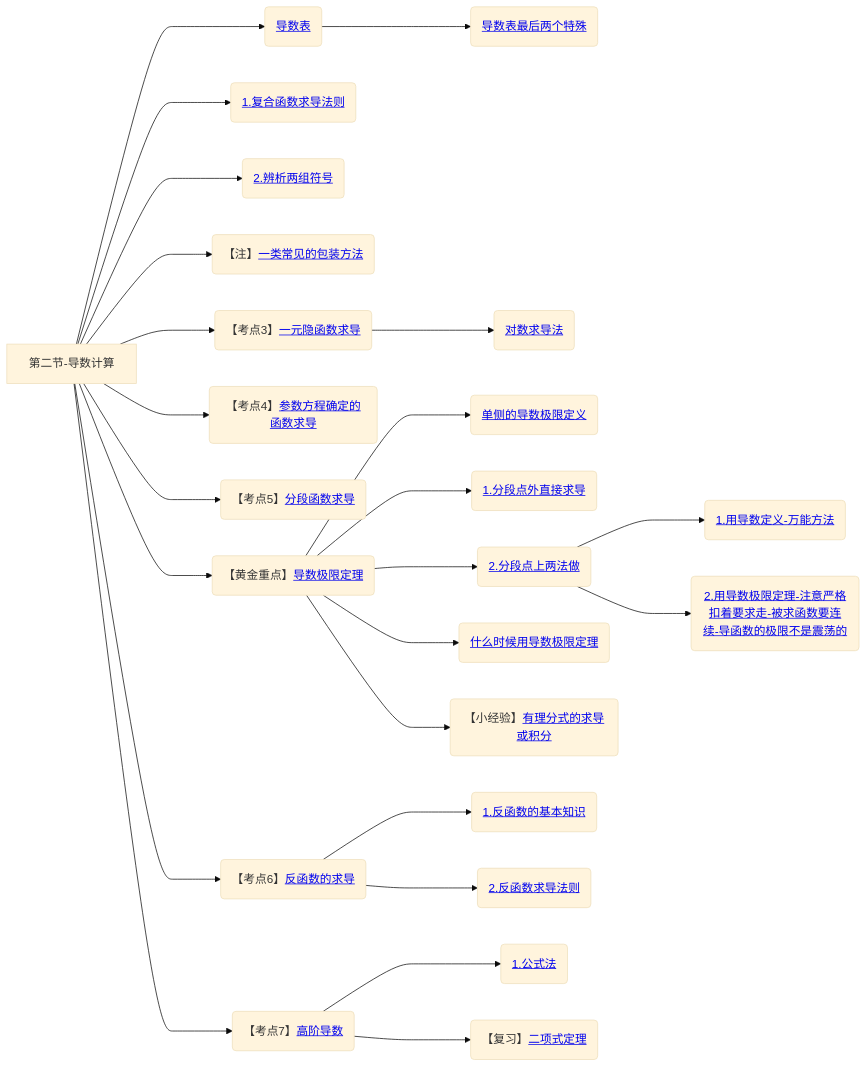
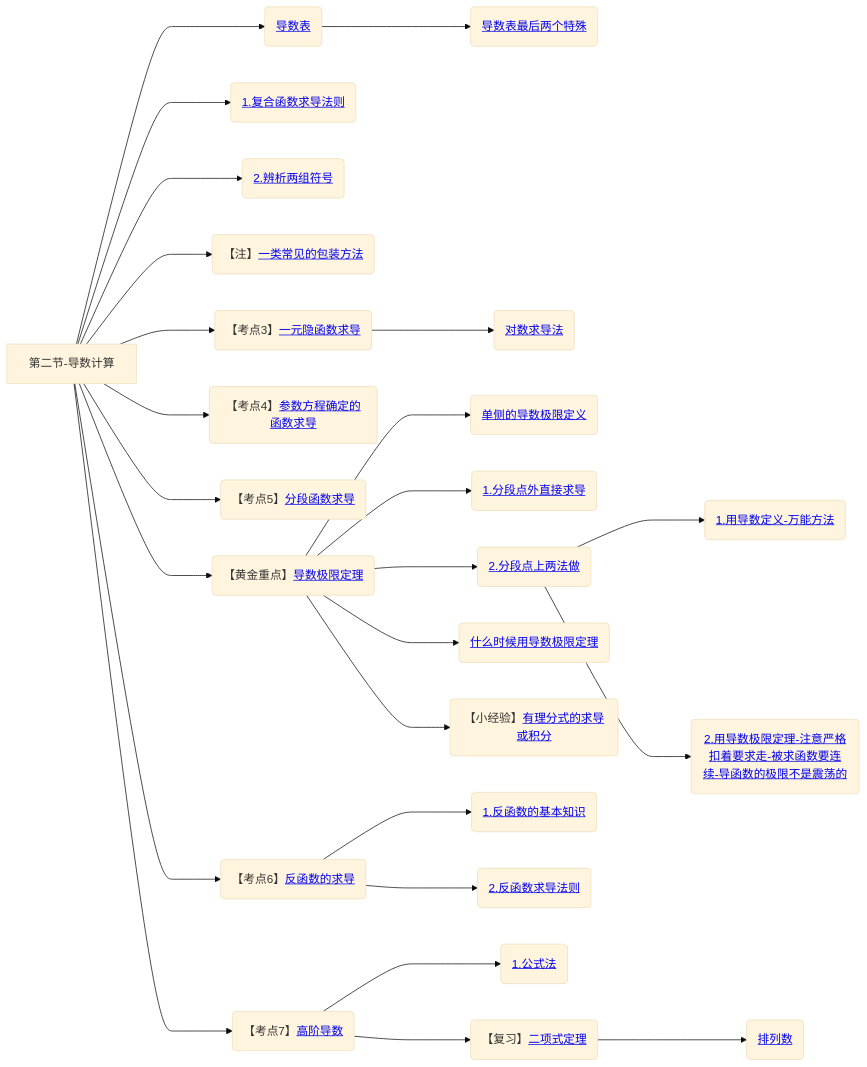
Before and after one commit to yuebinghui/note: diagram 12 of 12 in 笔记/数学/周洋鑫/01.基础班思维导图.md, drawn with Mermaid (base theme). The commit also changed 3 other files, not shown here.

````diff
--- a/笔记/数学/周洋鑫/01.基础班思维导图.md
+++ b/笔记/数学/周洋鑫/01.基础班思维导图.md
@@ -454,39 +454,41 @@
 ```mermaid
 graph LR
 第二节-导数计算
 
 第二节-导数计算--->导数表(<a href="/Users/yuebinghui/Documents/program/github/note/笔记/数学/周洋鑫/零基础提前学/11.1零基础核心考点精讲10-1.md#导数表-必须记住">导数表</>)
 导数表--->导数表最后两个特殊(<a href="/Users/yuebinghui/Documents/program/github/note/笔记/数学/周洋鑫/零基础提前学/11.1零基础核心考点精讲10-1.md#导数表最后两个特殊">导数表最后两个特殊</>)
 第二节-导数计算--->复合函数求导法则(<a href="/Users/yuebinghui/Documents/program/github/note/笔记/数学/周洋鑫/基础班/12.导数计算_1.md#复合函数求导法则">1.复合函数求导法则</>)
 第二节-导数计算--->2.辨析两组符号(<a href="/Users/yuebinghui/Documents/program/github/note/笔记/数学/周洋鑫/基础班/12.导数计算_1.md#2.辨析两组符号">2.辨析两组符号</>)
 
 第二节-导数计算--->一类常见的包装方法(【注】<a href="/Users/yuebinghui/Documents/program/github/note/笔记/数学/周洋鑫/基础班/12.导数计算_1.md#一类常见的包装方法">一类常见的包装方法</>)
 
 第二节-导数计算--->一元隐函数求导(【考点3】<a href="/Users/yuebinghui/Documents/program/github/note/笔记/数学/周洋鑫/基础班/12.导数计算_1.md#一元隐函数求导">一元隐函数求导</>)
 
 一元隐函数求导--->对数求导法(<a href="/Users/yuebinghui/Documents/program/github/note/笔记/数学/周洋鑫/基础班/13.导数计算_2.md#对数求导法">对数求导法</>)
 
 第二节-导数计算--->参数方程确定的函数求导(【考点4】<a href="/Users/yuebinghui/Documents/program/github/note/笔记/数学/周洋鑫/基础班/13.导数计算_2.md#参数方程确定的函数求导">参数方程确定的函数求导</>)
 
 第二节-导数计算--->分段函数求导(【考点5】<a href="/Users/yuebinghui/Documents/program/github/note/笔记/数学/周洋鑫/基础班/13.导数计算_2.md#分段函数求导">分段函数求导</>)
 
 第二节-导数计算--->导数极限定理(【黄金重点】<a href="/Users/yuebinghui/Documents/program/github/note/笔记/数学/周洋鑫/基础班/13.导数计算_2.md#导数极限定理">导数极限定理</>)
 导数极限定理--->单侧的导数极限定义(<a href="/Users/yuebinghui/Documents/program/github/note/笔记/数学/周洋鑫/基础班/13.导数计算_2.md#单侧的导数极限定义">单侧的导数极限定义</>)
 导数极限定理--->1.分段点外直接求导(<a href="/Users/yuebinghui/Documents/program/github/note/笔记/数学/周洋鑫/基础班/13.导数计算_2.md#1.分段点外直接求导">1.分段点外直接求导</>)
 导数极限定理--->2.分段点上两法做(<a href="/Users/yuebinghui/Documents/program/github/note/笔记/数学/周洋鑫/基础班/13.导数计算_2.md#2.分段点上两法做">2.分段点上两法做</>)
 2.分段点上两法做--->1.用导数定义-万能方法(<a href="/Users/yuebinghui/Documents/program/github/note/笔记/数学/周洋鑫/基础班/13.导数计算_2.md#1.用导数定义-万能方法">1.用导数定义-万能方法</>)
 2.分段点上两法做--->2.用导数极限定理-注意严格扣着要求走-被求函数要连续-导函数的极限不是震荡的(<a href="/Users/yuebinghui/Documents/program/github/note/笔记/数学/周洋鑫/基础班/13.导数计算_2.md#2.用导数极限定理-注意严格扣着要求走-被求函数要连续-导函数的极限不是震荡的">2.用导数极限定理-注意严格扣着要求走-被求函数要连续-导函数的极限不是震荡的</>)
 导数极限定理--->什么时候用导数极限定理(<a href="/Users/yuebinghui/Documents/program/github/note/笔记/数学/周洋鑫/基础班/13.导数计算_2.md#什么时候用导数极限定理">什么时候用导数极限定理</>)
 
 导数极限定理--->有理分式的求导或积分(【小经验】<a href="/Users/yuebinghui/Documents/program/github/note/笔记/数学/周洋鑫/基础班/13.导数计算_2.md#有理分式的求导或积分">有理分式的求导或积分</>)
 
 第二节-导数计算--->反函数的求导(【考点6】<a href="/Users/yuebinghui/Documents/program/github/note/笔记/数学/周洋鑫/基础班/13.导数计算_2.md#反函数的求导">反函数的求导</>)
 反函数的求导--->1.反函数的基本知识(<a href="/Users/yuebinghui/Documents/program/github/note/笔记/数学/周洋鑫/基础班/13.导数计算_2.md#1.反函数的基本知识">1.反函数的基本知识</>)
 反函数的求导--->2.反函数求导法则(<a href="/Users/yuebinghui/Documents/program/github/note/笔记/数学/周洋鑫/基础班/13.导数计算_2.md#2.反函数求导法则">2.反函数求导法则</>)
 
 第二节-导数计算--->高阶导数(【考点7】<a href="/Users/yuebinghui/Documents/program/github/note/笔记/数学/周洋鑫/基础班/14.导数的几何意义与微分定义.md#高阶导数">高阶导数</>)
 高阶导数--->1.公式法(<a href="/Users/yuebinghui/Documents/program/github/note/笔记/数学/周洋鑫/基础班/14.导数的几何意义与微分定义.md#1.公式法">1.公式法</>)
 
 高阶导数--->二项式定理(【复习】<a href="/Users/yuebinghui/Documents/program/github/note/笔记/数学/周洋鑫/基础班/14.导数的几何意义与微分定义.md#二项式定理">二项式定理</>)
 
+二项式定理--->排列数(<a href="/Users/yuebinghui/Documents/program/github/note/笔记/数学/周洋鑫/基础班/14.导数的几何意义与微分定义.md#排列数">排列数</>)
+
 ```
````
